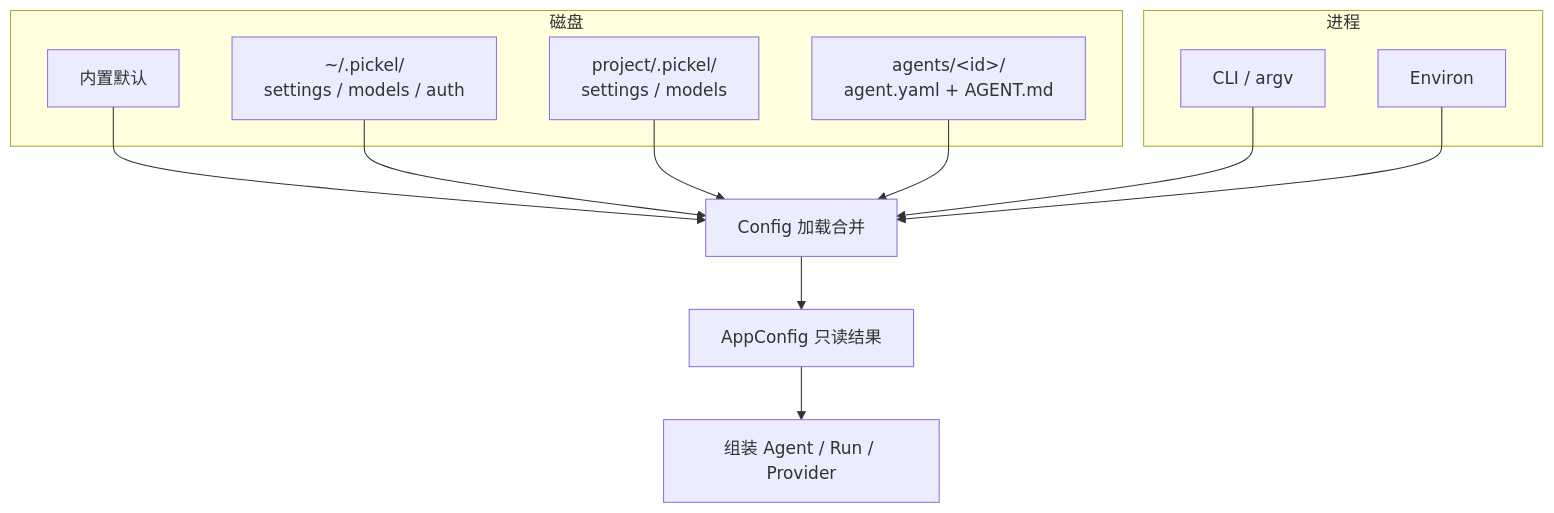
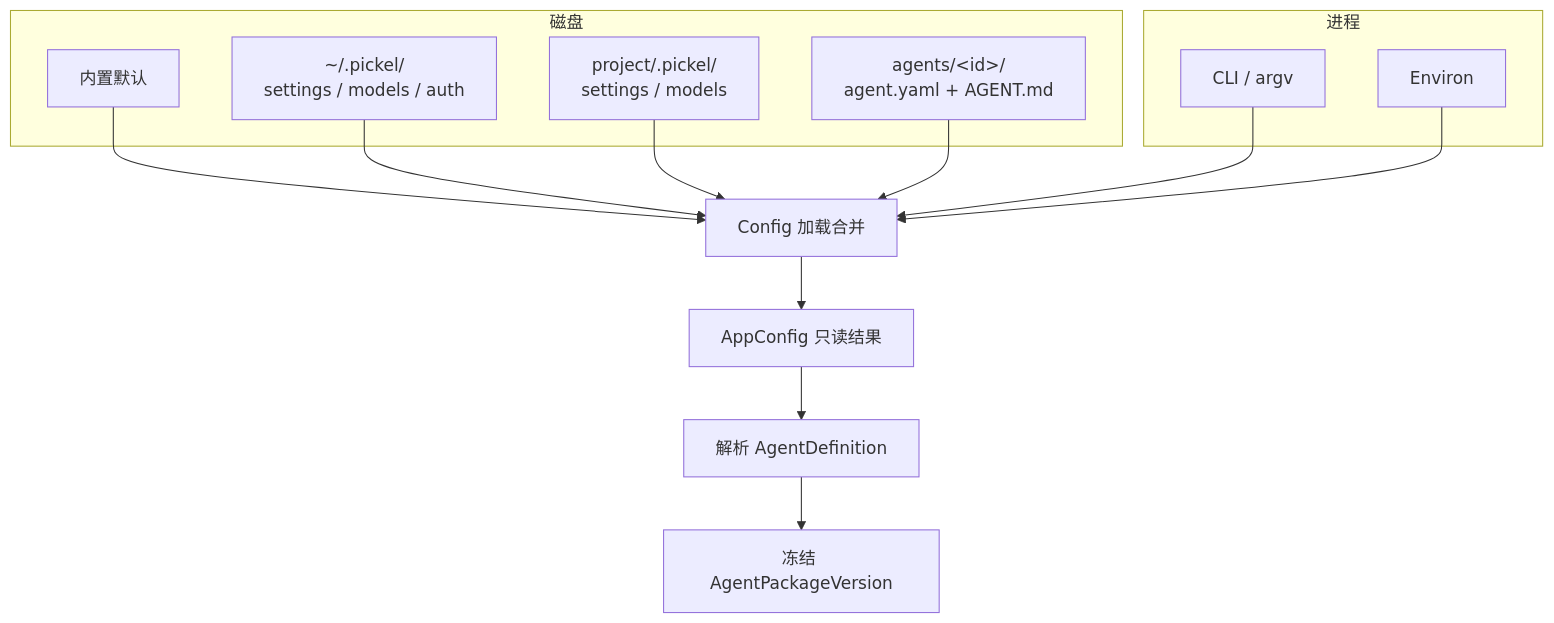
One commit to xiesunsun/MyOpenClaw changed the first of 8 diagrams in docs/upgrade/2026-07-25-config-system-design.md. Above: the diagram before and after it, drawn with Mermaid. The commit also changed other lines of this file and 126 other files, not shown here.

````diff
--- a/docs/upgrade/2026-07-25-config-system-design.md
+++ b/docs/upgrade/2026-07-25-config-system-design.md
@@ -100,23 +100,24 @@
 ```mermaid
 flowchart TB
   subgraph files["磁盘"]
     D0["内置默认"]
     G["~/.pickel/<br/>settings / models / auth"]
     P["project/.pickel/<br/>settings / models"]
     A["agents/&lt;id&gt;/<br/>agent.yaml + AGENT.md"]
   end
 
   subgraph mem["进程"]
     CLI["CLI / argv"]
     SP["Environ"]
   end
 
   D0 --> C["Config 加载合并"]
   G --> C
   P --> C
   A --> C
   CLI --> C
   SP --> C
   C --> AC["AppConfig 只读结果"]
-  AC --> Asm["组装 Agent / Run / Provider"]
+  AC --> Def["解析 AgentDefinition"]
+  Def --> Pkg["冻结 AgentPackageVersion"]
 ```
````
